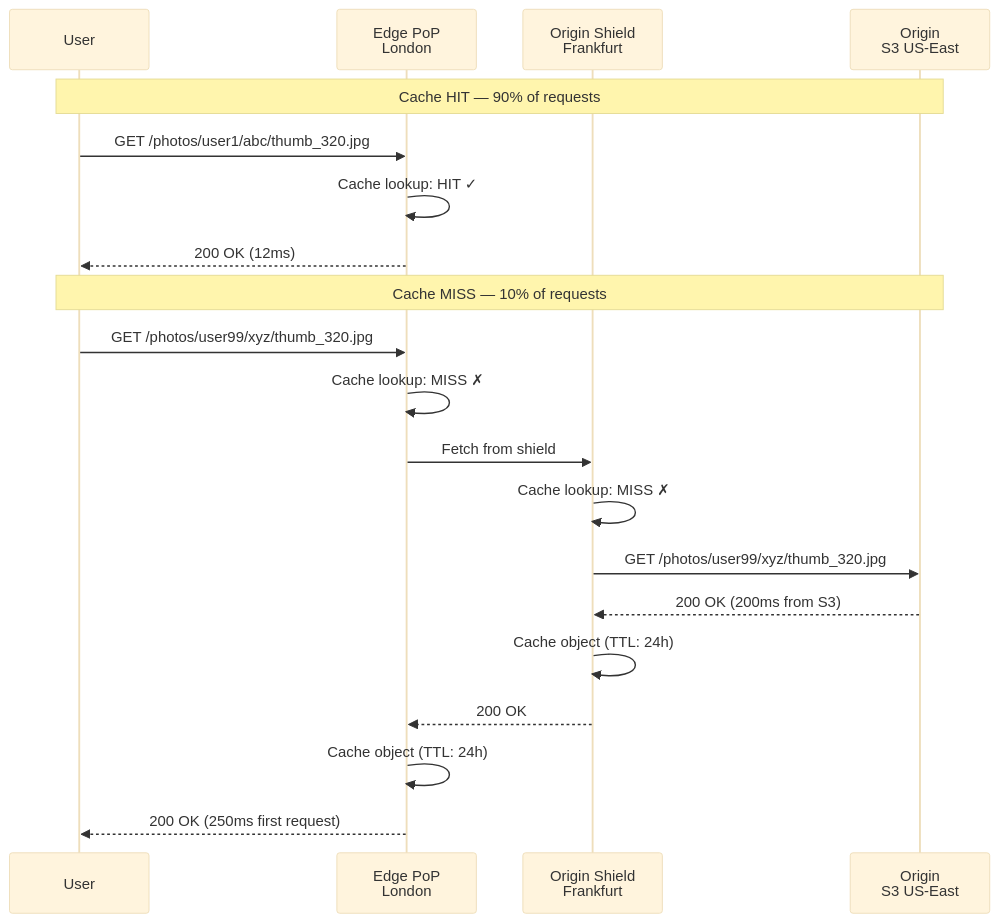
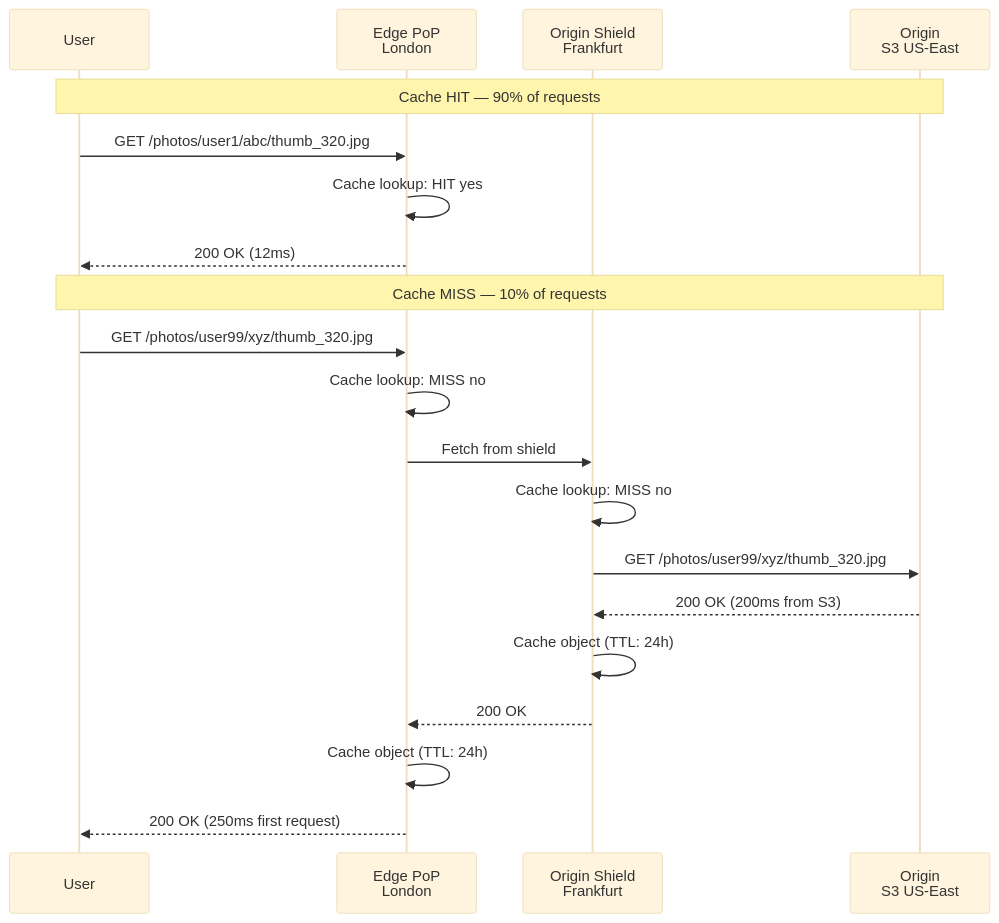
Diagram 18 of 43 in 09-infrastructure/35-object-storage-cdn-edge-infrastructure.md (billywr/system-design), drawn with Mermaid (base theme) before and after one commit. The commit also changed other lines of this file and 39 other files, not shown here.

````diff
--- a/09-infrastructure/35-object-storage-cdn-edge-infrastructure.md
+++ b/09-infrastructure/35-object-storage-cdn-edge-infrastructure.md
@@ -636,24 +636,24 @@
 ```mermaid
 sequenceDiagram
     participant U as User
     participant E as Edge PoP<br/>London
     participant S as Origin Shield<br/>Frankfurt
     participant O as Origin<br/>S3 US-East
 
     Note over U,O: Cache HIT — 90% of requests
     U->>E: GET /photos/user1/abc/thumb_320.jpg
-    E->>E: Cache lookup: HIT ✓
+    E->>E: Cache lookup: HIT yes
     E-->>U: 200 OK (12ms)
 
     Note over U,O: Cache MISS — 10% of requests
     U->>E: GET /photos/user99/xyz/thumb_320.jpg
-    E->>E: Cache lookup: MISS ✗
+    E->>E: Cache lookup: MISS no
     E->>S: Fetch from shield
-    S->>S: Cache lookup: MISS ✗
+    S->>S: Cache lookup: MISS no
     S->>O: GET /photos/user99/xyz/thumb_320.jpg
     O-->>S: 200 OK (200ms from S3)
     S->>S: Cache object (TTL: 24h)
     S-->>E: 200 OK
     E->>E: Cache object (TTL: 24h)
     E-->>U: 200 OK (250ms first request)
 ```
````
